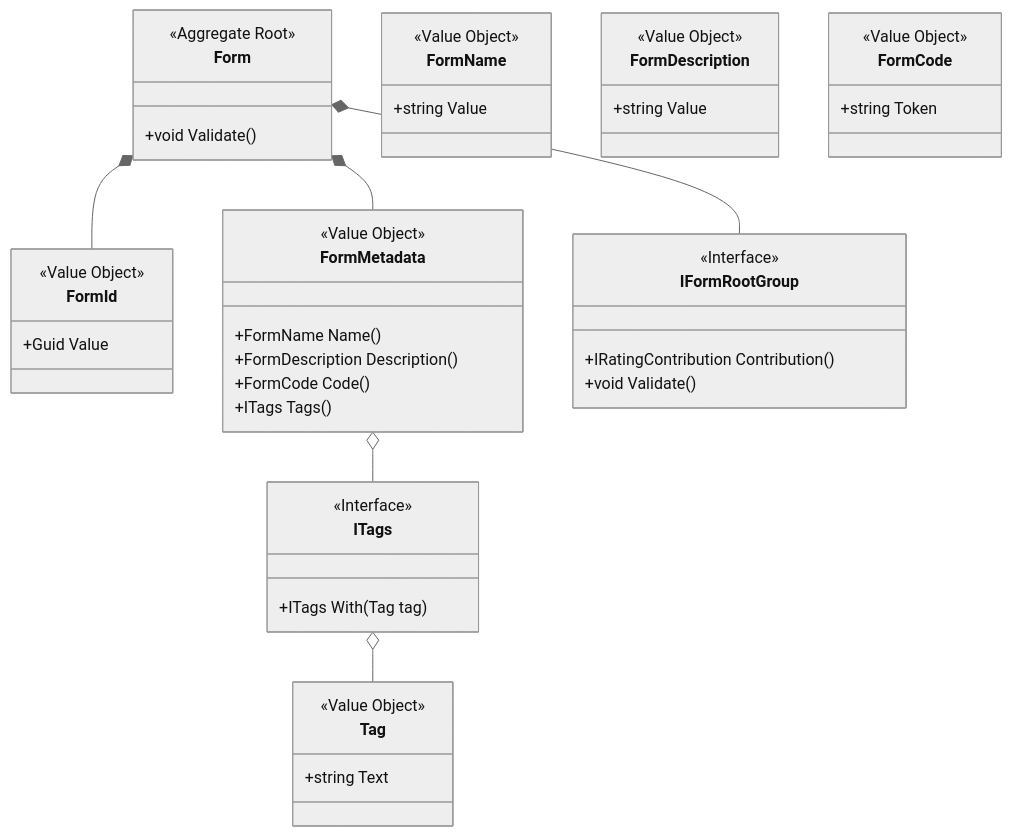
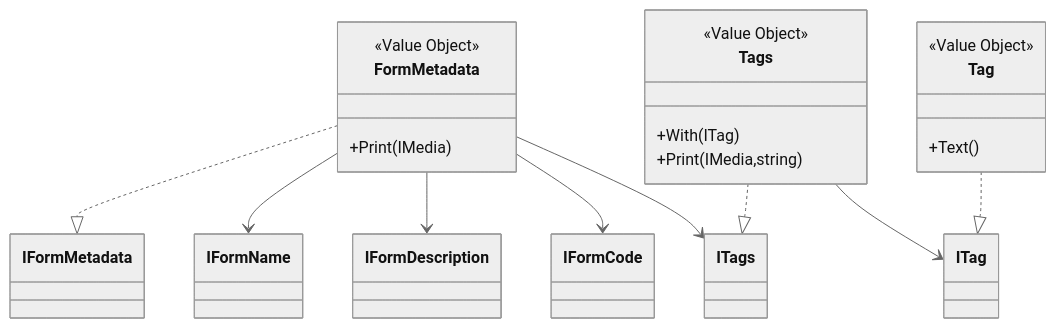
One commit to FredoqCorp/module-evaluations changed the first of 7 diagrams in docs/architecture/form-domain-model.md. Above: the diagram before and after it, drawn with Mermaid (neutral theme). The commit also changed other lines of this file and 15 other files, not shown here.

````diff
--- a/docs/architecture/form-domain-model.md
+++ b/docs/architecture/form-domain-model.md
@@ -5,57 +11,26 @@
 ```mermaid
 classDiagram
-    class Form {
-        <<Aggregate Root>>
-        +void Validate()
-    }
-
-    class FormId {
-        <<Value Object>>
-        +Guid Value
-    }
-
     class FormMetadata {
         <<Value Object>>
-        +FormName Name()
-        +FormDescription Description()
-        +FormCode Code()
-        +ITags Tags()
+        +Print(IMedia)
     }
+    FormMetadata ..|> IFormMetadata
+    FormMetadata --> IFormName
+    FormMetadata --> IFormDescription
+    FormMetadata --> IFormCode
+    FormMetadata --> ITags
 
-    class FormName {
+    class Tags {
         <<Value Object>>
-        +string Value
+        +With(ITag)
+        +Print(IMedia,string)
     }
-
-    class FormDescription {
-        <<Value Object>>
-        +string Value
-    }
-
-    class FormCode {
-        <<Value Object>>
-        +string Token
-    }
-
-    class ITags {
-        <<Interface>>
-        +ITags With(Tag tag)
-    }
+    Tags ..|> ITags
+    Tags --> ITag
 
     class Tag {
         <<Value Object>>
-        +string Text
+        +Text()
     }
-
-    class IFormRootGroup {
-        <<Interface>>
-        +IRatingContribution Contribution()
-        +void Validate()
-    }
-
-    Form *-- FormId
-    Form *-- FormMetadata
-    Form *-- IFormRootGroup
-    FormMetadata o-- ITags
-    ITags o-- Tag
+    Tag ..|> ITag
 ```
````
